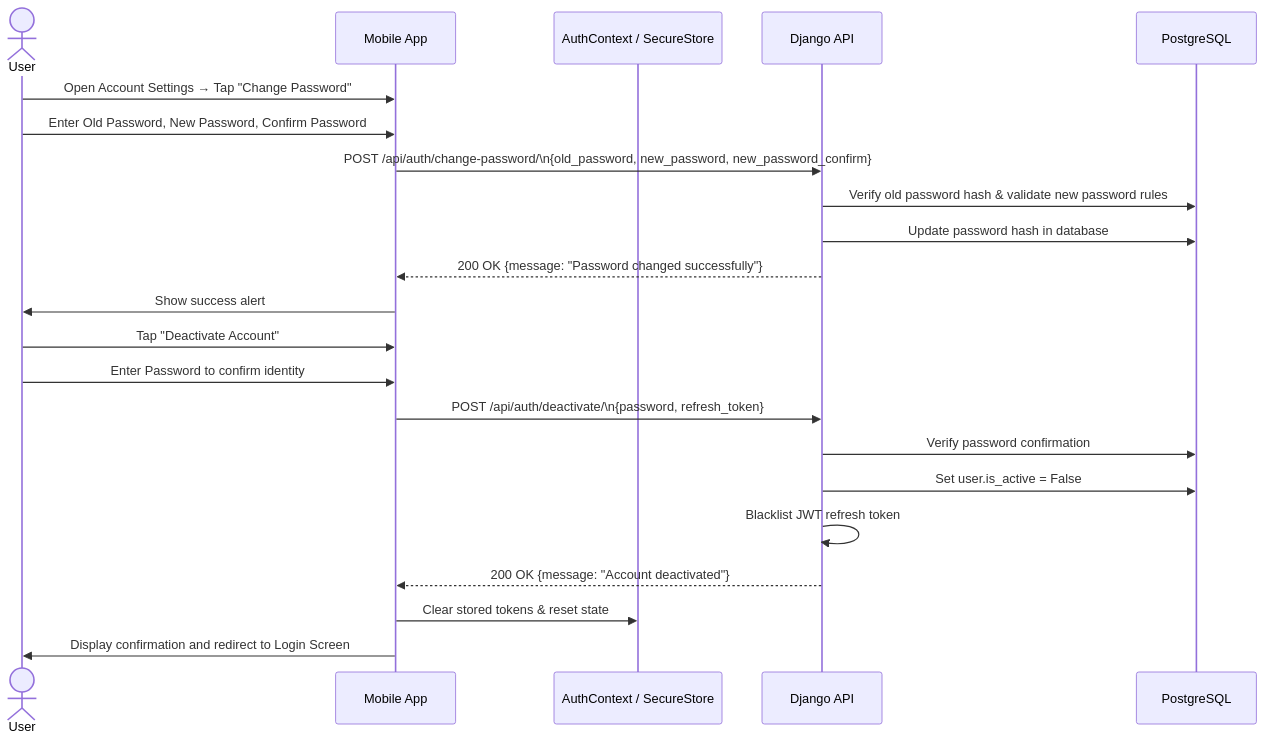
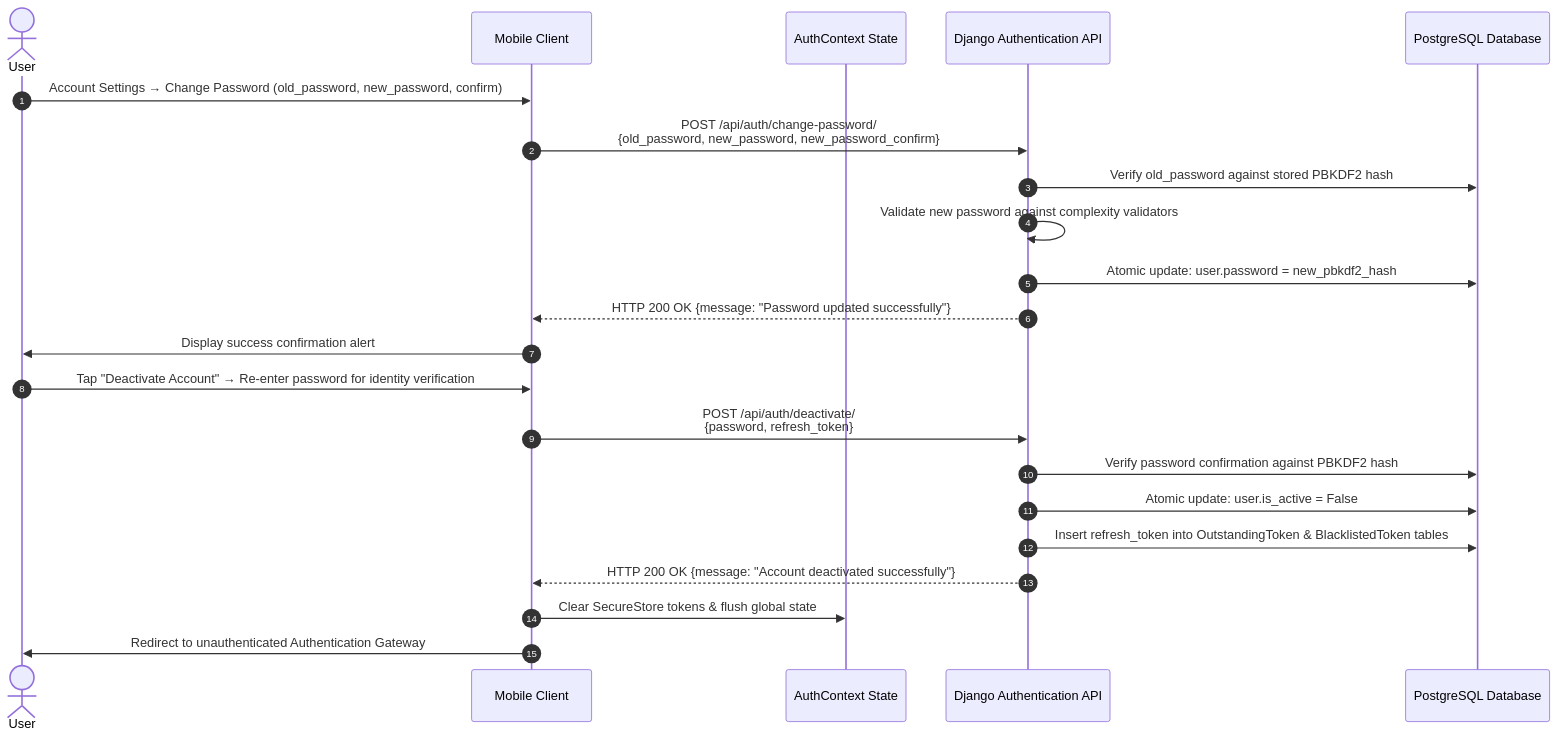
One commit to Cipher-Syntax/ARQuest changed the sixth of 11 diagrams in data-flow.md. Above: the diagram before and after it, drawn with Mermaid. The commit also changed other lines of this file and 8 other files, not shown here.

Commit message:
Updated: documentation + diagrams

````diff
--- a/data-flow.md
+++ b/data-flow.md
@@ -171,28 +209,28 @@
 ```mermaid
 sequenceDiagram
-    actor User
-    participant App as Mobile App
-    participant AuthContext as AuthContext / SecureStore
-    participant API as Django API
-    participant DB as PostgreSQL
+    autonumber
+    actor User as User
+    participant App as Mobile Client
+    participant AuthContext as AuthContext State
+    participant API as Django Authentication API
+    participant DB as PostgreSQL Database
 
-    %% Password Change
-    User->>App: Open Account Settings → Tap "Change Password"
-    User->>App: Enter Old Password, New Password, Confirm Password
-    App->>API: POST /api/auth/change-password/\n{old_password, new_password, new_password_confirm}
-    API->>DB: Verify old password hash & validate new password rules
-    API->>DB: Update password hash in database
-    API-->>App: 200 OK {message: "Password changed successfully"}
-    App->>User: Show success alert
+    %% Password Change Sub-flow
+    User->>App: Account Settings → Change Password (old_password, new_password, confirm)
+    App->>API: POST /api/auth/change-password/<br/>{old_password, new_password, new_password_confirm}
+    API->>DB: Verify old_password against stored PBKDF2 hash
+    API->>API: Validate new password against complexity validators
+    API->>DB: Atomic update: user.password = new_pbkdf2_hash
+    API-->>App: HTTP 200 OK {message: "Password updated successfully"}
+    App->>User: Display success confirmation alert
 
-    %% Account Deactivation
-    User->>App: Tap "Deactivate Account"
-    User->>App: Enter Password to confirm identity
-    App->>API: POST /api/auth/deactivate/\n{password, refresh_token}
-    API->>DB: Verify password confirmation
-    API->>DB: Set user.is_active = False
-    API->>API: Blacklist JWT refresh token
-    API-->>App: 200 OK {message: "Account deactivated"}
-    App->>AuthContext: Clear stored tokens & reset state
-    App->>User: Display confirmation and redirect to Login Screen
+    %% Account Deactivation Sub-flow
+    User->>App: Tap "Deactivate Account" → Re-enter password for identity verification
+    App->>API: POST /api/auth/deactivate/<br/>{password, refresh_token}
+    API->>DB: Verify password confirmation against PBKDF2 hash
+    API->>DB: Atomic update: user.is_active = False
+    API->>DB: Insert refresh_token into OutstandingToken & BlacklistedToken tables
+    API-->>App: HTTP 200 OK {message: "Account deactivated successfully"}
+    App->>AuthContext: Clear SecureStore tokens & flush global state
+    App->>User: Redirect to unauthenticated Authentication Gateway
 ```
````
